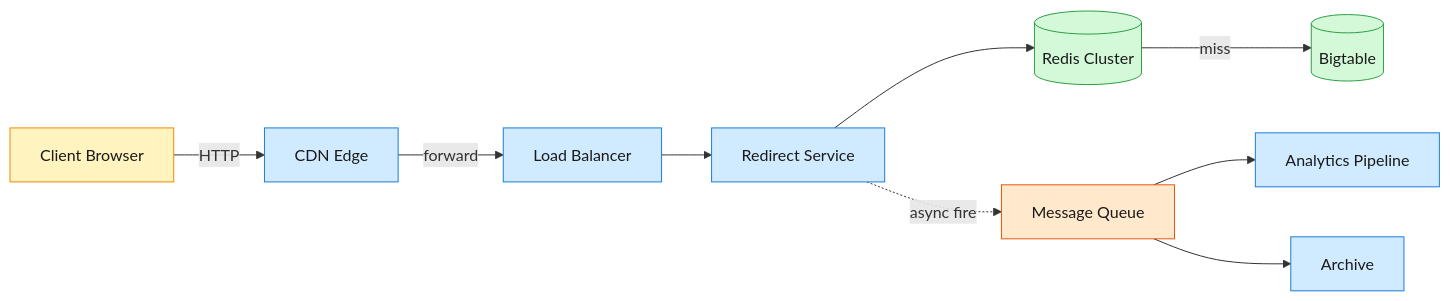
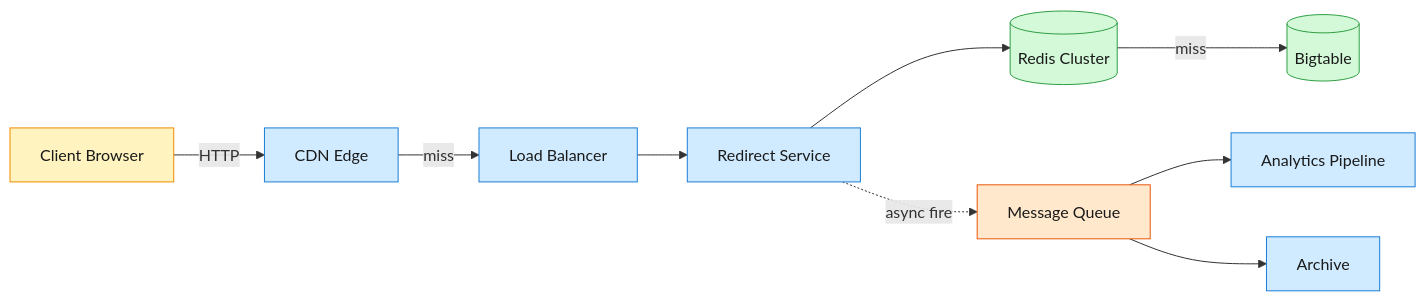
One commit to iliazlobin/iliazlobin.github.io changed the first of 2 diagrams in _posts/2026-06-29-system-design-bitly.md. Above: the diagram before and after it, drawn with Mermaid. The commit also changed other lines of this file and 30 other files, not shown here.

````diff
--- a/_posts/2026-06-29-system-design-bitly.md
+++ b/_posts/2026-06-29-system-design-bitly.md
@@ -18,21 +17,21 @@
 ```mermaid
 graph LR
     Client[Client Browser] -->|HTTP| CDN[CDN Edge]
-    CDN -->|forward| LB[Load Balancer]
+    CDN -->|miss| LB[Load Balancer]
     LB --> Redirect[Redirect Service]
     Redirect --> Cache[(Redis Cluster)]
     Cache -->|miss| Store[(Bigtable)]
     Redirect -.->|async fire| MQ[Message Queue]
     MQ --> Analytics[Analytics Pipeline]
     MQ --> Archive[Archive]
 
     classDef edge fill:#fff3bf,stroke:#f08c00,color:#1a1a1a;
     classDef svc fill:#d0ebff,stroke:#1c7ed6,color:#1a1a1a;
     classDef store fill:#d3f9d8,stroke:#2f9e44,color:#1a1a1a;
     classDef async fill:#ffe8cc,stroke:#e8590c,color:#1a1a1a;
 
     class Client edge;
     class CDN,LB,Redirect,Analytics,Archive svc;
     class Cache,Store store;
     class MQ async;
 ```
````
